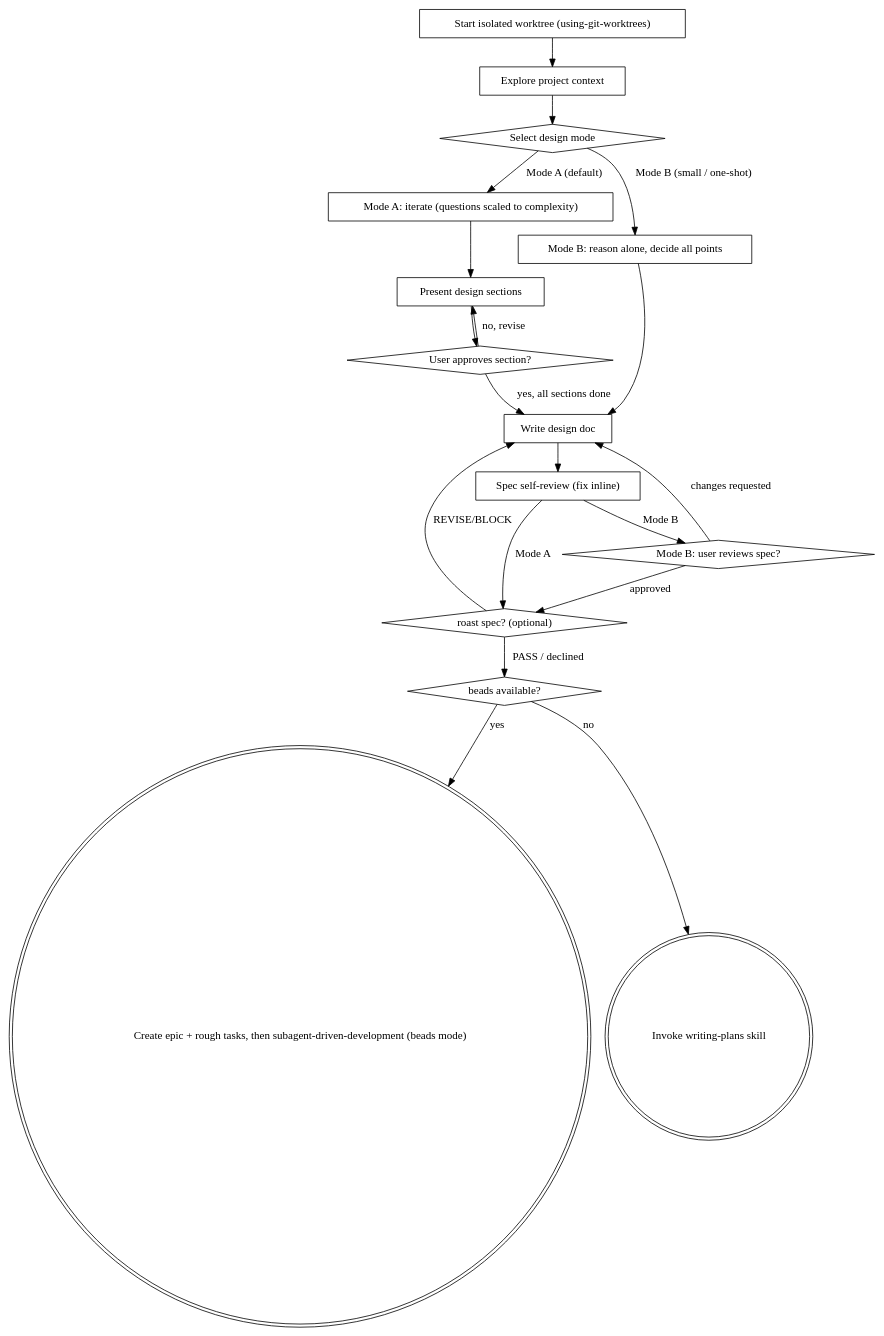
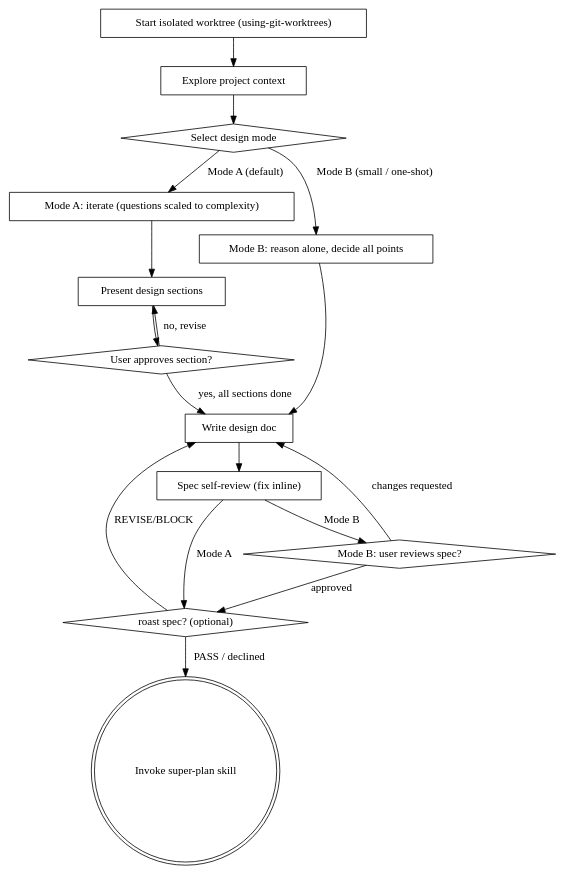
Before and after one commit to alepar/superpowers: the diagram in skills/brainstorming/SKILL.md, drawn with Graphviz. The commit also changed other lines of this file, not shown here.

First line of the commit message:
feat(brainstorming): hand off to super-plan, add Goal + nested-invocation notes

````diff
--- a/skills/brainstorming/SKILL.md
+++ b/skills/brainstorming/SKILL.md
@@ -51,37 +62,33 @@
 ```dot
 digraph brainstorming {
     "Start isolated worktree (using-git-worktrees)" [shape=box];
     "Explore project context" [shape=box];
     "Select design mode" [shape=diamond];
     "Mode A: iterate (questions scaled to complexity)" [shape=box];
     "Mode B: reason alone, decide all points" [shape=box];
     "Present design sections" [shape=box];
     "User approves section?" [shape=diamond];
     "Write design doc" [shape=box];
     "Spec self-review (fix inline)" [shape=box];
     "roast spec? (optional)" [shape=diamond];
     "Mode B: user reviews spec?" [shape=diamond];
-    "beads available?" [shape=diamond];
-    "Create epic + rough tasks, then subagent-driven-development (beads mode)" [shape=doublecircle];
-    "Invoke writing-plans skill" [shape=doublecircle];
+    "Invoke super-plan skill" [shape=doublecircle];
 
     "Start isolated worktree (using-git-worktrees)" -> "Explore project context";
     "Explore project context" -> "Select design mode";
     "Select design mode" -> "Mode A: iterate (questions scaled to complexity)" [label="Mode A (default)"];
     "Select design mode" -> "Mode B: reason alone, decide all points" [label="Mode B (small / one-shot)"];
     "Mode A: iterate (questions scaled to complexity)" -> "Present design sections";
     "Present design sections" -> "User approves section?";
     "User approves section?" -> "Present design sections" [label="no, revise"];
     "User approves section?" -> "Write design doc" [label="yes, all sections done"];
     "Mode B: reason alone, decide all points" -> "Write design doc";
     "Write design doc" -> "Spec self-review (fix inline)";
     "Spec self-review (fix inline)" -> "roast spec? (optional)" [label="Mode A"];
     "Spec self-review (fix inline)" -> "Mode B: user reviews spec?" [label="Mode B"];
     "Mode B: user reviews spec?" -> "Write design doc" [label="changes requested"];
     "Mode B: user reviews spec?" -> "roast spec? (optional)" [label="approved"];
     "roast spec? (optional)" -> "Write design doc" [label="REVISE/BLOCK"];
-    "roast spec? (optional)" -> "beads available?" [label="PASS / declined"];
-    "beads available?" -> "Create epic + rough tasks, then subagent-driven-development (beads mode)" [label="yes"];
-    "beads available?" -> "Invoke writing-plans skill" [label="no"];
+    "roast spec? (optional)" -> "Invoke super-plan skill" [label="PASS / declined"];
 }
 ```
````
